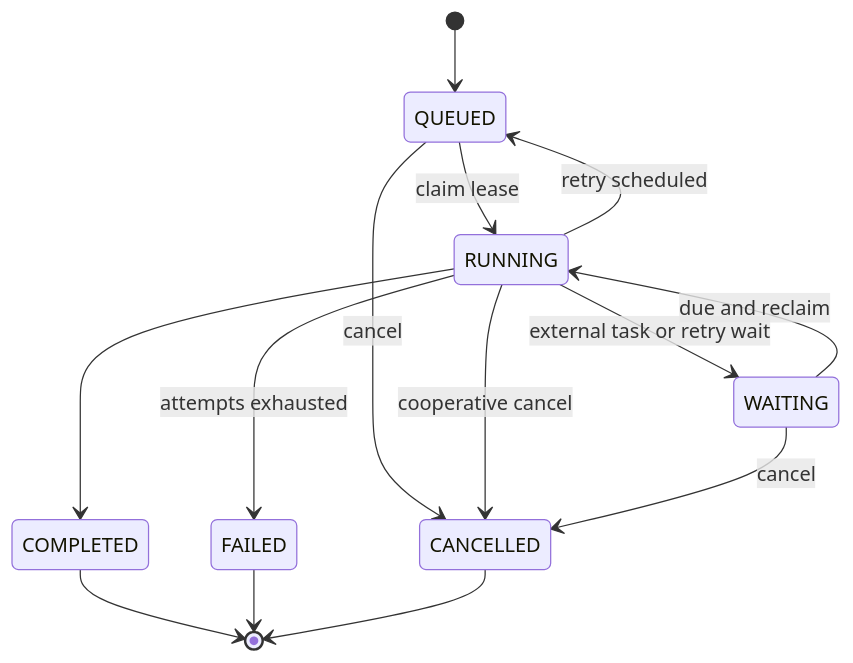
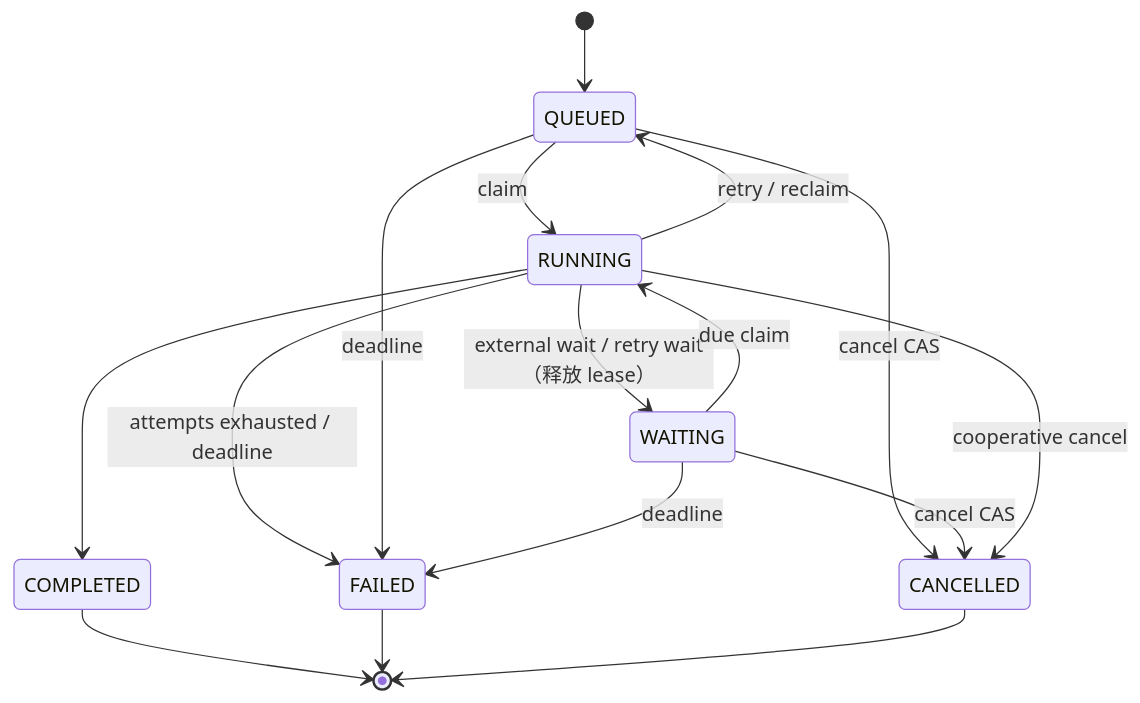
Before and after one commit to Michaelxwb/fluxion-harness: the third of 3 diagrams in docs/02-核心领域与数据库详细设计.md, drawn with Mermaid. The commit also changed other lines of this file and 55 other files, not shown here.

````diff
--- a/docs/02-核心领域与数据库详细设计.md
+++ b/docs/02-核心领域与数据库详细设计.md
@@ -1379,16 +1397,18 @@
 ```mermaid
 stateDiagram-v2
     [*] --> QUEUED
-    QUEUED --> RUNNING: claim lease
-    RUNNING --> WAITING: external task or retry wait
-    WAITING --> RUNNING: due and reclaim
+    QUEUED --> RUNNING: claim
+    RUNNING --> WAITING: external wait / retry wait（释放 lease）
+    WAITING --> RUNNING: due claim
+    RUNNING --> QUEUED: retry / reclaim
     RUNNING --> COMPLETED
-    RUNNING --> FAILED: attempts exhausted
-    RUNNING --> QUEUED: retry scheduled
-    QUEUED --> CANCELLED: cancel
+    RUNNING --> FAILED: attempts exhausted / deadline
+    QUEUED --> FAILED: deadline
+    WAITING --> FAILED: deadline
+    QUEUED --> CANCELLED: cancel CAS
+    WAITING --> CANCELLED: cancel CAS
     RUNNING --> CANCELLED: cooperative cancel
-    WAITING --> CANCELLED: cancel
     COMPLETED --> [*]
     FAILED --> [*]
     CANCELLED --> [*]
 ```
````
